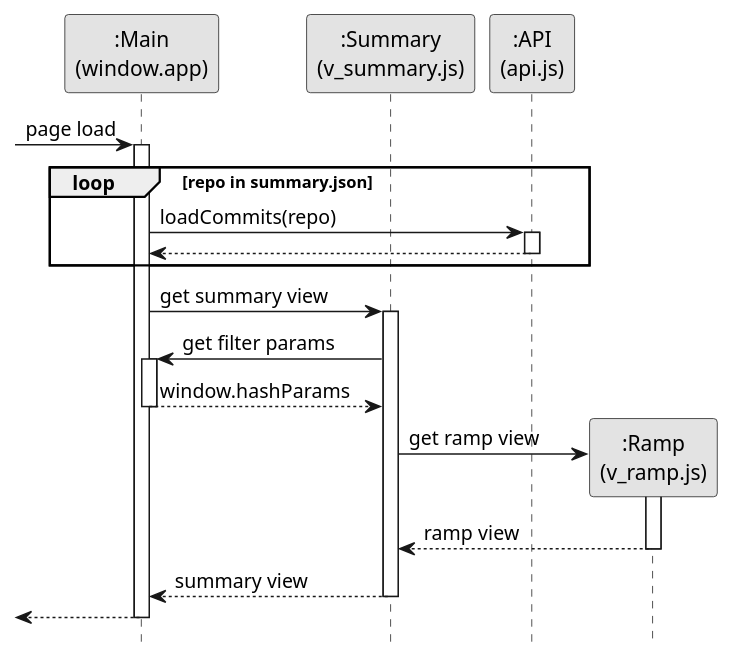
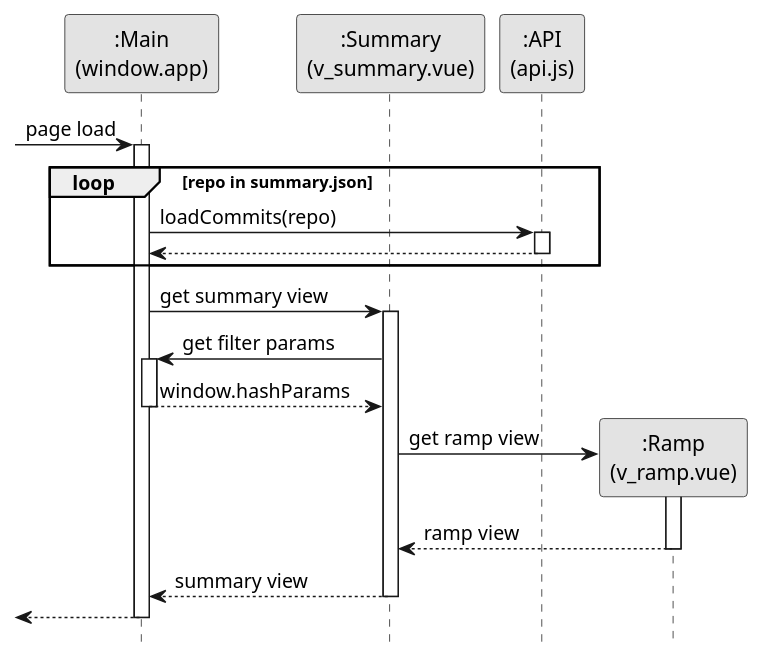
Before and after one commit to reposense/RepoSense: the diagram in docs/diagrams/ReportArchitectureSummary.puml, drawn with PlantUML. The commit also changed 4 other files, not shown here.

```diff
--- a/docs/diagrams/ReportArchitectureSummary.puml
+++ b/docs/diagrams/ReportArchitectureSummary.puml
@@ -1,45 +1,45 @@
 @startuml
 hide footbox
 skinparam monochrome true
 skinparam Shadowing false
 
 Participant ":Main\n(window.app)" as main
-Participant ":Summary\n(v_summary.js)" as summary
+Participant ":Summary\n(v_summary.vue)" as summary
 Participant ":API\n(api.js)" as api
-Participant ":Ramp\n(v_ramp.js)" as ramp
+Participant ":Ramp\n(v_ramp.vue)" as ramp
 
 -> main : page load
 activate main
 
 loop repo in summary.json
 
 main -> api : loadCommits(repo)
 activate api
 
 api --> main
 deactivate api
 
 end
 
 main -> summary : get summary view
 activate summary
 
 summary -> main : get filter params
 activate main
 
 main --> summary : window.hashParams
 deactivate main
 
 create ramp
 summary -> ramp : get ramp view
 activate ramp
 
 ramp --> summary : ramp view
 deactivate ramp
 
 summary --> main : summary view
 deactivate summary
 
 <-- main
 deactivate main
 @enduml
```
